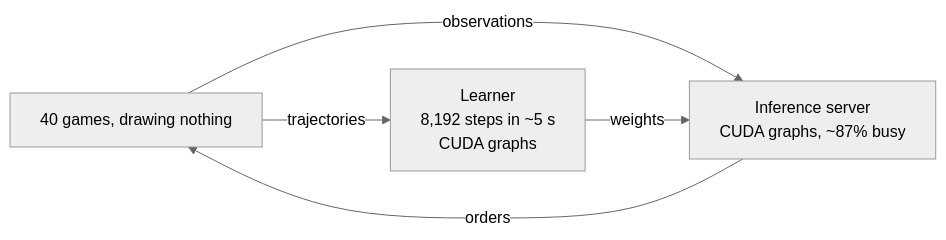
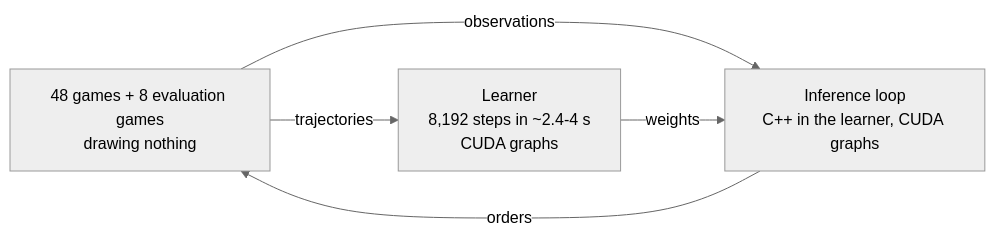
One commit to RobinKa/warcraftsim changed the second of 2 diagrams in docs/optimizations.md. Above: the diagram before and after it, drawn with Mermaid (neutral theme). The commit also changed other lines of this file and 9 other files, not shown here.

````diff
--- a/docs/optimizations.md
+++ b/docs/optimizations.md
@@ -17,7 +19,7 @@
 ```mermaid
 flowchart LR
-  G["40 games, drawing nothing"] -- "observations" --> I["Inference server<br/>CUDA graphs, ~87% busy"]
+  G["48 games + 8 evaluation games<br/>drawing nothing"] -- "observations" --> I["Inference loop<br/>C++ in the learner, CUDA graphs"]
   I -- "orders" --> G
-  G -- "trajectories" --> L["Learner<br/>8,192 steps in ~5 s<br/>CUDA graphs"]
+  G -- "trajectories" --> L["Learner<br/>8,192 steps in ~2.4-4 s<br/>CUDA graphs"]
   L -- "weights" --> I
 ```
````
